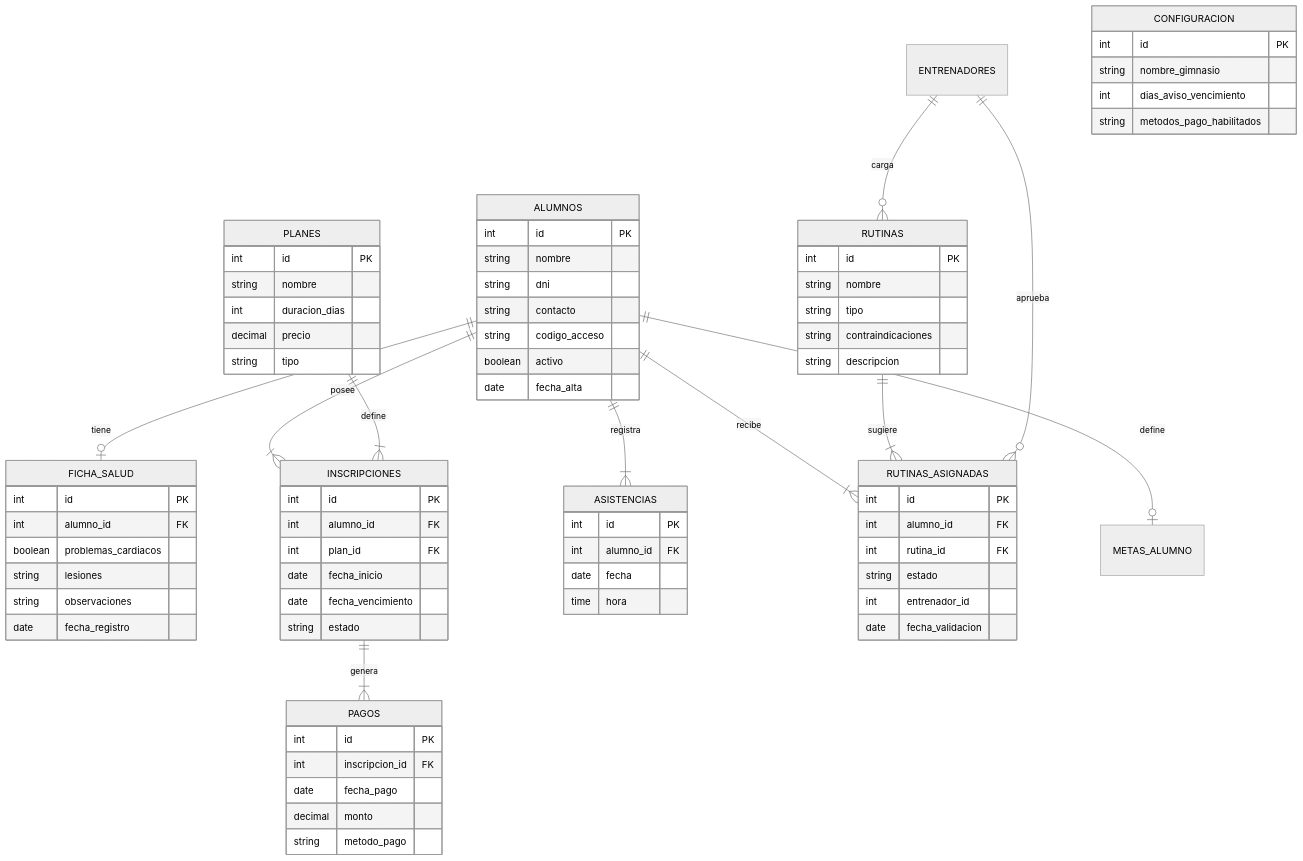
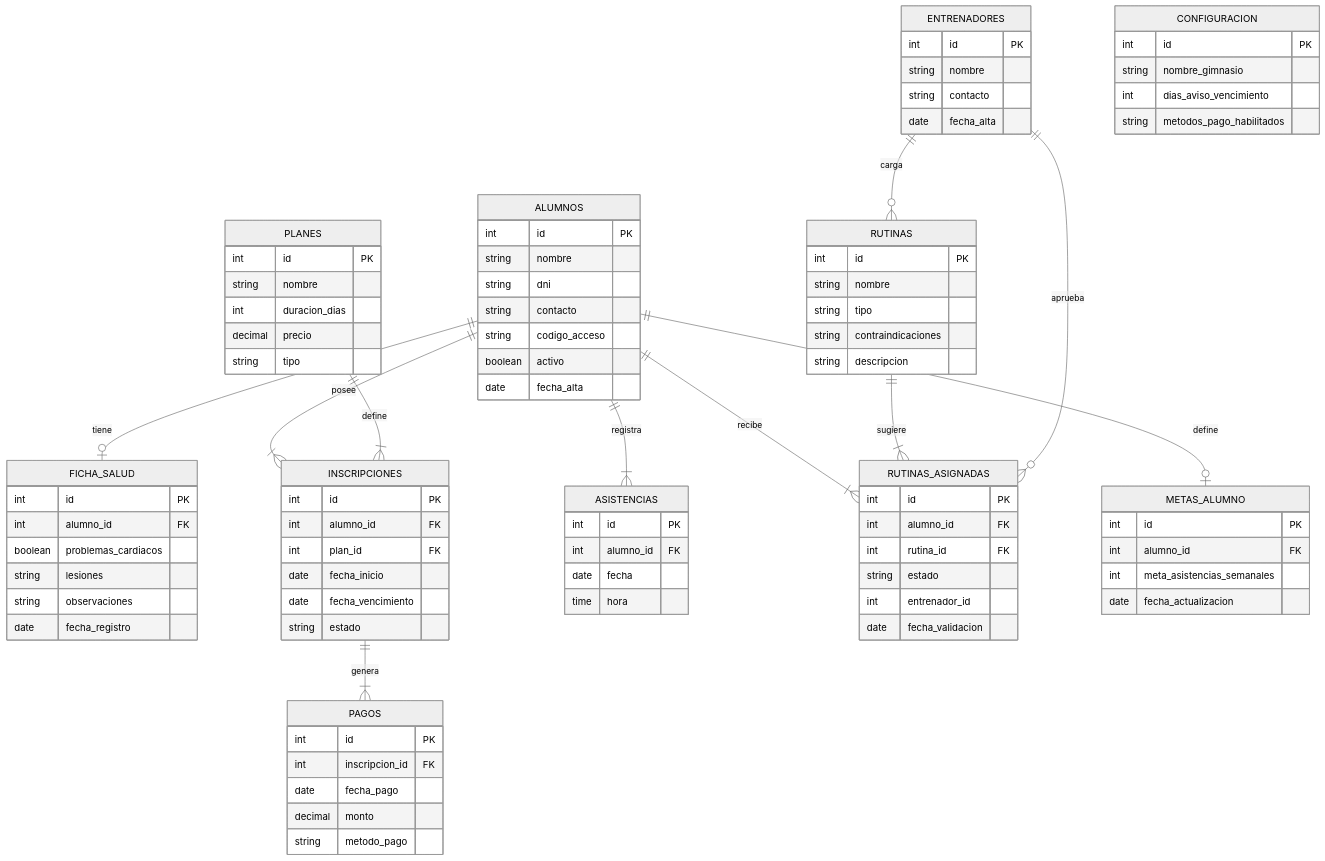
The diagram in docs/der.md (pao41/Trabajo-Final-Integrador), drawn with Mermaid (neutral theme) before and after one commit.

Commit message:
se agrega entrenadores-metas_alumno al der

````diff
--- a/docs/der.md
+++ b/docs/der.md
@@ -81,4 +81,17 @@
         int dias_aviso_vencimiento
         string metodos_pago_habilitados
     }
+    ENTRENADORES {
+    int id PK
+    string nombre
+    string contacto
+    date fecha_alta
+    }
+
+    METAS_ALUMNO {
+    int id PK
+    int alumno_id FK
+    int meta_asistencias_semanales
+    date fecha_actualizacion
+    }
 ```
````
